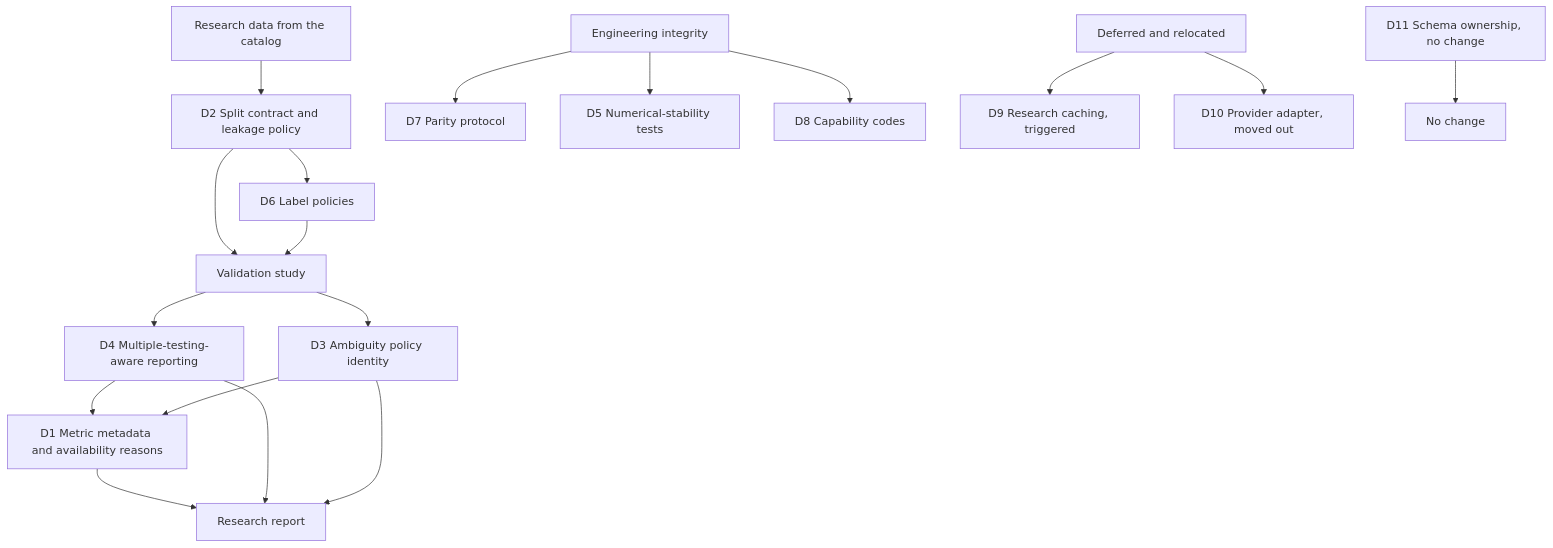
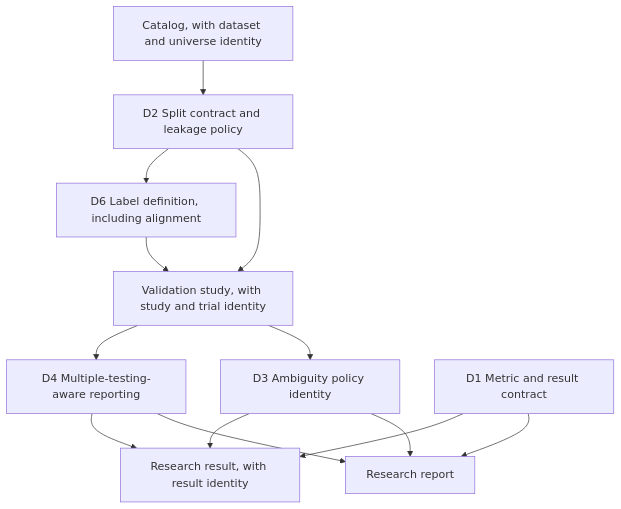
The diagram in docs/design/vectorbt_lessons_design.md (Ghostfusion/nautilus_trader), drawn with Mermaid before and after one commit. The commit also changed other lines of this file and 1 other file, not shown here.

First line of the commit message:
Promote identity to a contract, classify the stability obligation, split the dependency graph

````diff
--- a/docs/design/vectorbt_lessons_design.md
+++ b/docs/design/vectorbt_lessons_design.md
@@ -635,22 +789,15 @@
 ```mermaid
 graph TD
-    DATA["Research data from the catalog"] --> D2["D2 Split contract and leakage policy"]
-    D2 --> D6["D6 Label policies"]
-    D2 --> STUDY["Validation study"]
+    DATA["Catalog, with dataset and universe identity"] --> D2["D2 Split contract and leakage policy"]
+    D2 --> D6["D6 Label definition, including alignment"]
+    D2 --> STUDY["Validation study, with study and trial identity"]
     D6 --> STUDY
     STUDY --> D4["D4 Multiple-testing-aware reporting"]
     STUDY --> D3["D3 Ambiguity policy identity"]
-    D4 --> D1["D1 Metric metadata and availability reasons"]
-    D3 --> D1
-    D1 --> RPT["Research report"]
+    D1["D1 Metric and result contract"] --> RESULT["Research result, with result identity"]
+    D3 --> RESULT
+    D4 --> RESULT
+    D3 --> RPT["Research report"]
     D4 --> RPT
-    D3 --> RPT
-
-    ENG["Engineering integrity"] --> D7["D7 Parity protocol"]
-    ENG --> D5["D5 Numerical-stability tests"]
-    ENG --> D8["D8 Capability codes"]
-
-    DEF["Deferred and relocated"] --> D9["D9 Research caching, triggered"]
-    DEF --> D10["D10 Provider adapter, moved out"]
-    D11["D11 Schema ownership, no change"] --> X["No change"]
+    D1 --> RPT
 ```
````
